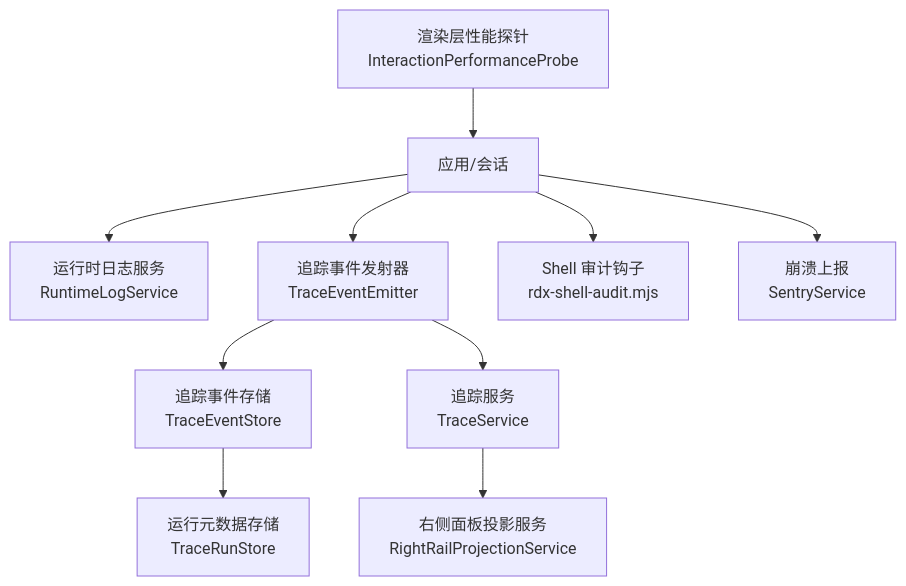
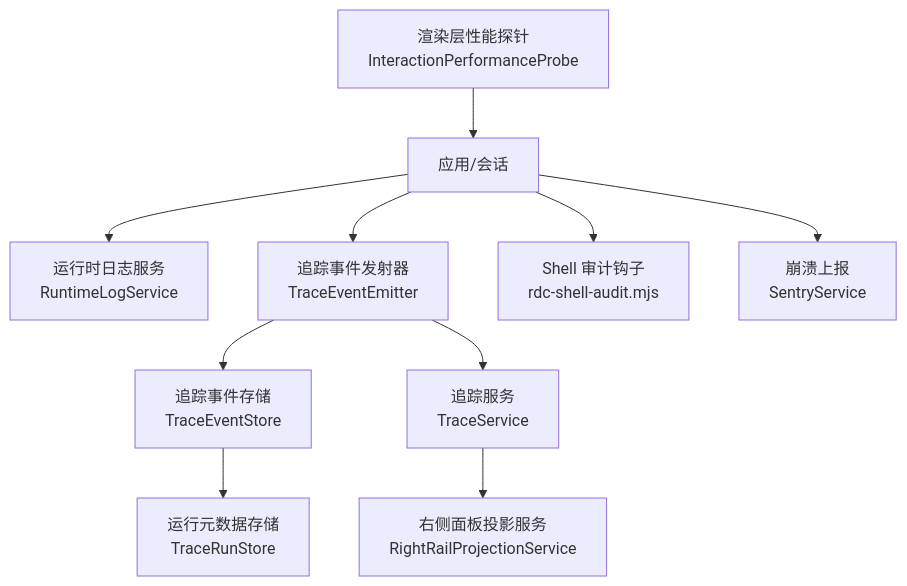
The first of 8 diagrams in .qoder/repowiki/zh/content/安全考虑/安全审计与监控.md (haolange/RDC-Agent), drawn with Mermaid before and after one commit. The commit also changed other lines of this file and 557 other files, not shown here.

````diff
--- a/.qoder/repowiki/zh/content/安全考虑/安全审计与监控.md
+++ b/.qoder/repowiki/zh/content/安全考虑/安全审计与监控.md
@@ -47,12 +47,12 @@
 ```mermaid
 graph TB
 A["应用/会话"] --> B["运行时日志服务<br/>RuntimeLogService"]
 A --> C["追踪事件发射器<br/>TraceEventEmitter"]
 C --> D["追踪事件存储<br/>TraceEventStore"]
 D --> E["运行元数据存储<br/>TraceRunStore"]
 C --> F["追踪服务<br/>TraceService"]
 F --> G["右侧面板投影服务<br/>RightRailProjectionService"]
-A --> H["Shell 审计钩子<br/>rdx-shell-audit.mjs"]
+A --> H["Shell 审计钩子<br/>rdc-shell-audit.mjs"]
 A --> I["崩溃上报<br/>SentryService"]
 J["渲染层性能探针<br/>InteractionPerformanceProbe"] --> A
 ```
````
